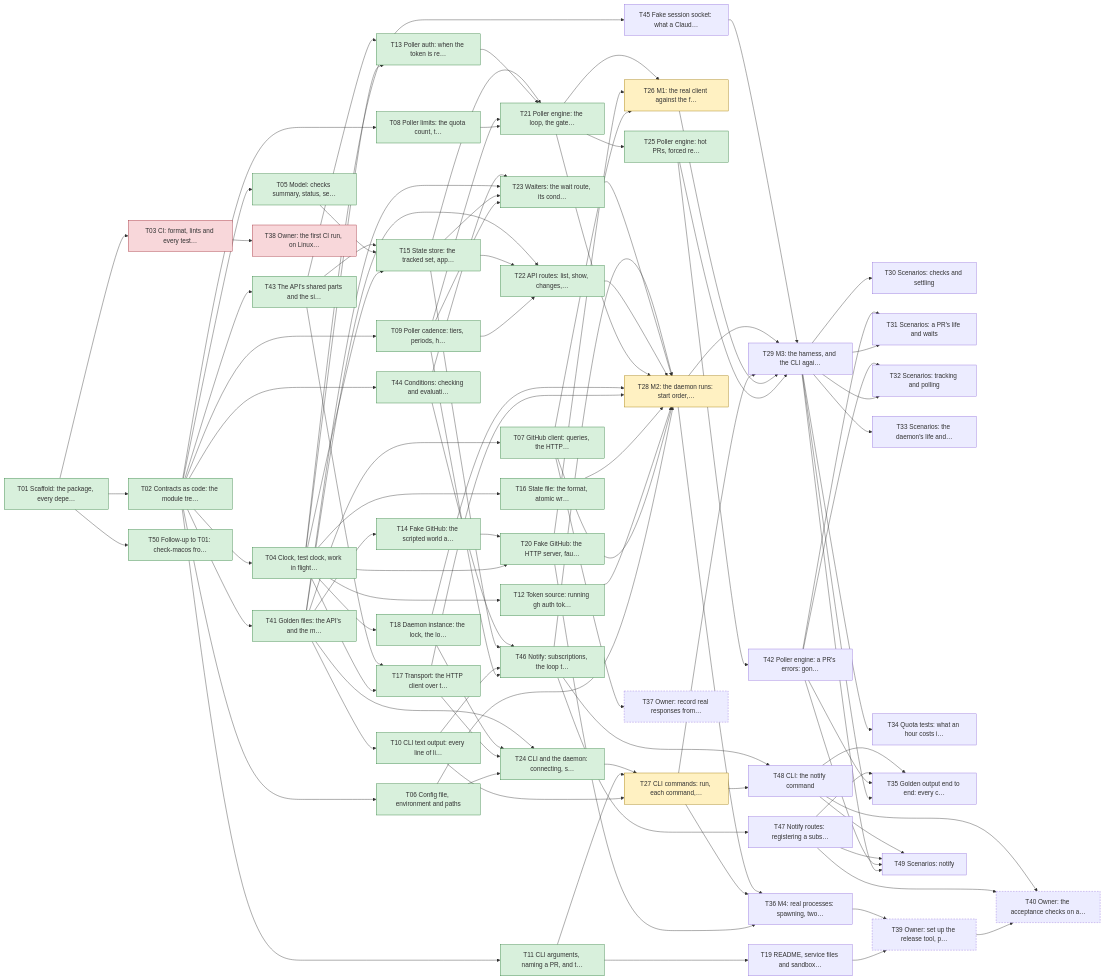
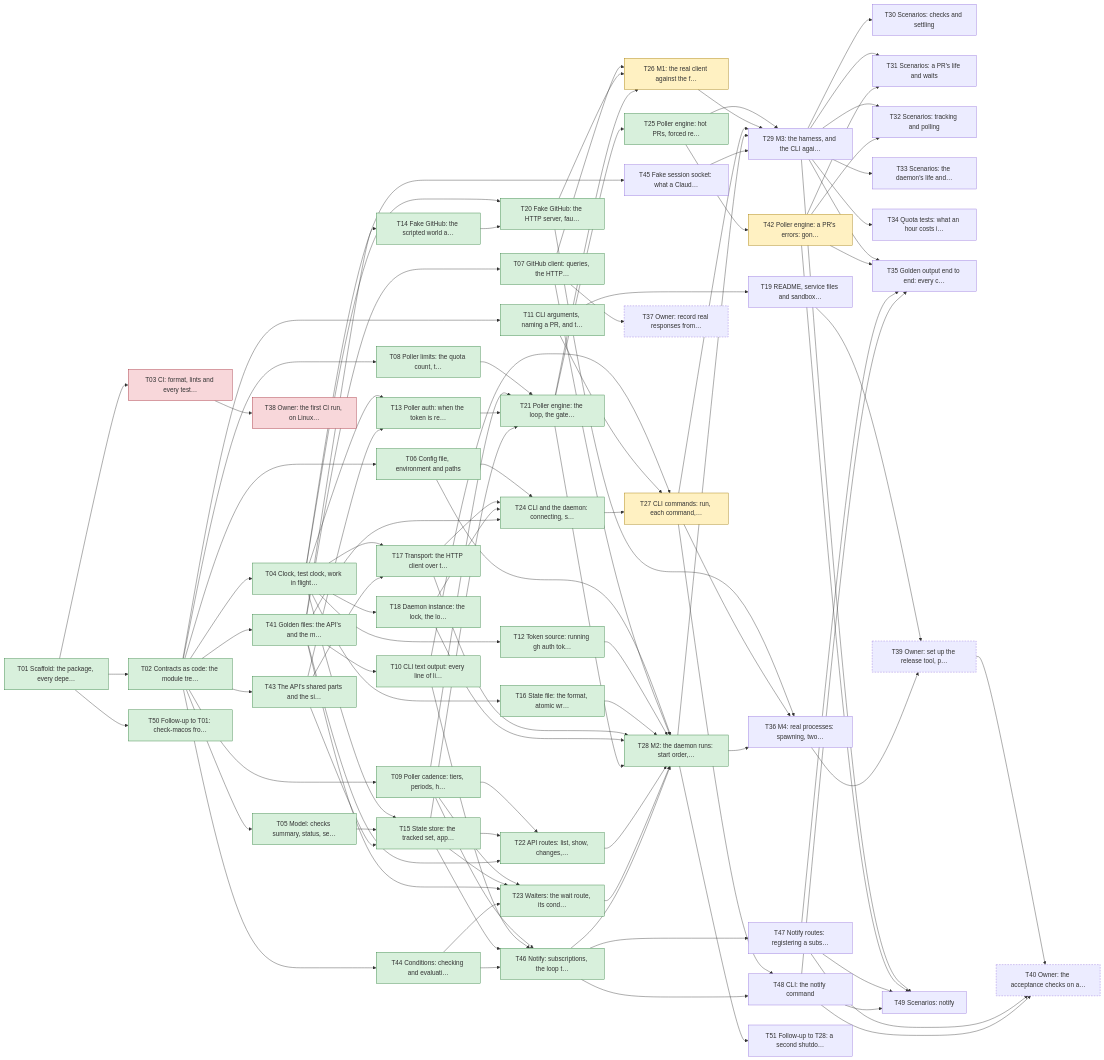
Before and after one commit to yachiko/circitor: the diagram in plan/README.md, drawn with Mermaid. The commit also changed other lines of this file and 5 other files, not shown here.

Commit message:
Record T28 as done (M2), and add follow-up T51

```diff
--- a/plan/README.md
+++ b/plan/README.md
@@ -164,7 +165,7 @@
   T25["T25 Poller engine: hot PRs, forced re…"]:::done
   T26["T26 M1: the real client against the f…"]:::active
   T27["T27 CLI commands: run, each command,…"]:::active
-  T28["T28 M2: the daemon runs: start order,…"]:::active
+  T28["T28 M2: the daemon runs: start order,…"]:::done
   T29["T29 M3: the harness, and the CLI agai…"]
   T30["T30 Scenarios: checks and settling"]
   T31["T31 Scenarios: a PR's life and waits"]
@@ -178,7 +179,7 @@
   T39["T39 Owner: set up the release tool, p…"]:::manual
   T40["T40 Owner: the acceptance checks on a…"]:::manual
   T41["T41 Golden files: the API's and the m…"]:::done
-  T42["T42 Poller engine: a PR's errors: gon…"]
+  T42["T42 Poller engine: a PR's errors: gon…"]:::active
   T43["T43 The API's shared parts and the si…"]:::done
   T44["T44 Conditions: checking and evaluati…"]:::done
   T45["T45 Fake session socket: what a Claud…"]
@@ -187,6 +188,7 @@
   T48["T48 CLI: the notify command"]
   T49["T49 Scenarios: notify"]
   T50["T50 Follow-up to T01: check-macos fro…"]:::done
+  T51["T51 Follow-up to T28: a second shutdo…"]
   T01 --> T02
   T01 --> T03
   T02 --> T04
@@ -286,6 +288,7 @@
   T47 --> T49
   T48 --> T49
   T01 --> T50
+  T28 --> T51
   classDef done fill:#d8f0dc,stroke:#2f7d3b
   classDef active fill:#fff1c2,stroke:#a07800
   classDef blocked fill:#f8d7da,stroke:#a12a35
```
